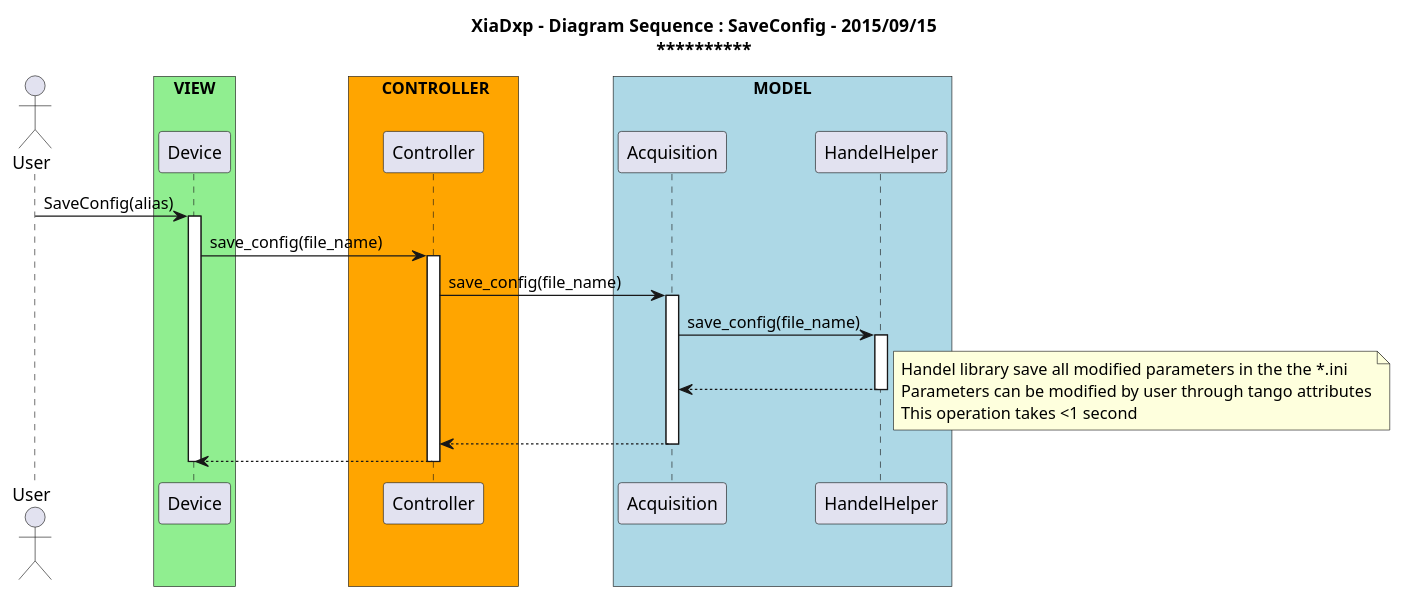
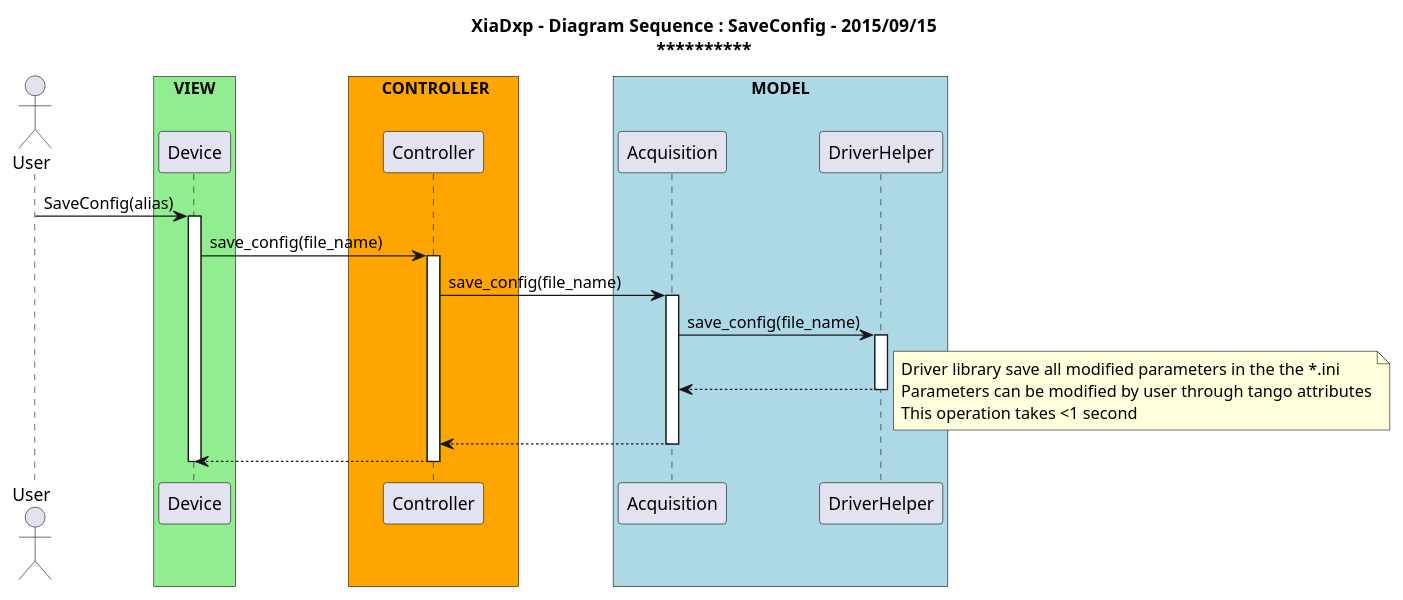
The diagram in uml/diagram_sequence_save_config_file_1.puml (anoureddine/XiaDxp), drawn with PlantUML before and after one commit. The commit also changed 9 other files, not shown here.

Commit message:
- Update Uml scripts

```diff
--- a/uml/diagram_sequence_save_config_file_1.puml
+++ b/uml/diagram_sequence_save_config_file_1.puml
@@ -1,52 +1,52 @@
 @startuml
 title <b>XiaDxp - Diagram Sequence  : SaveConfig - 2015/09/15</b>\n**********************************************
 actor User
 
 participant "Device" as Device
 box "VIEW" #LightGreen
 	participant Device
 end box
 
 participant "Controller" as Ctrl
 box "       CONTROLLER      " #Orange
 	participant Ctrl
 end box
 
 participant "Acquisition" as Acq
-participant "HandelHelper" as Handel
+participant "DriverHelper" as Driver
 box "MODEL" #LightBlue
 	participant Acq
-	participant Handel
+	participant Driver
 end box
 
 User -> Device: SaveConfig(alias)
 activate Device
 
 Device -> Ctrl: save_config(file_name)
 activate Ctrl
 
 
 Ctrl -> Acq : save_config(file_name)
 activate Acq
 
-Acq -> Handel : save_config(file_name)
-activate Handel
+Acq -> Driver : save_config(file_name)
+activate Driver
 
-Handel --> Acq
-deactivate Handel
+Driver --> Acq
+deactivate Driver
 
 note right 
-        Handel library save all modified parameters in the the *.ini
+        Driver library save all modified parameters in the the *.ini
         Parameters can be modified by user through tango attributes
         This operation takes <1 second
 end note
 
 Acq --> Ctrl : 
 deactivate Acq
 
 Ctrl --> Device : 
 deactivate Ctrl
 
 deactivate Device
 
 @enduml
```
